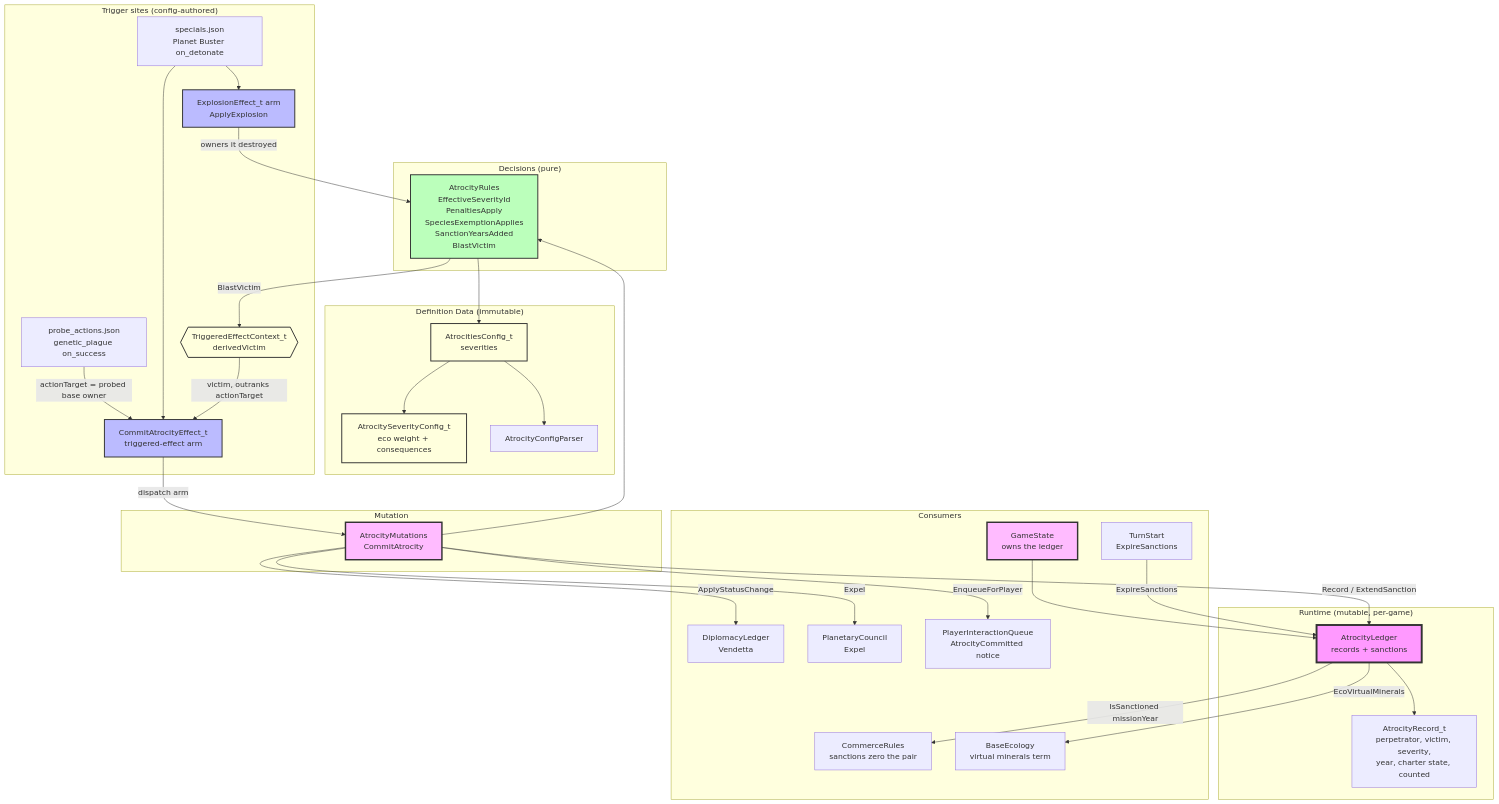
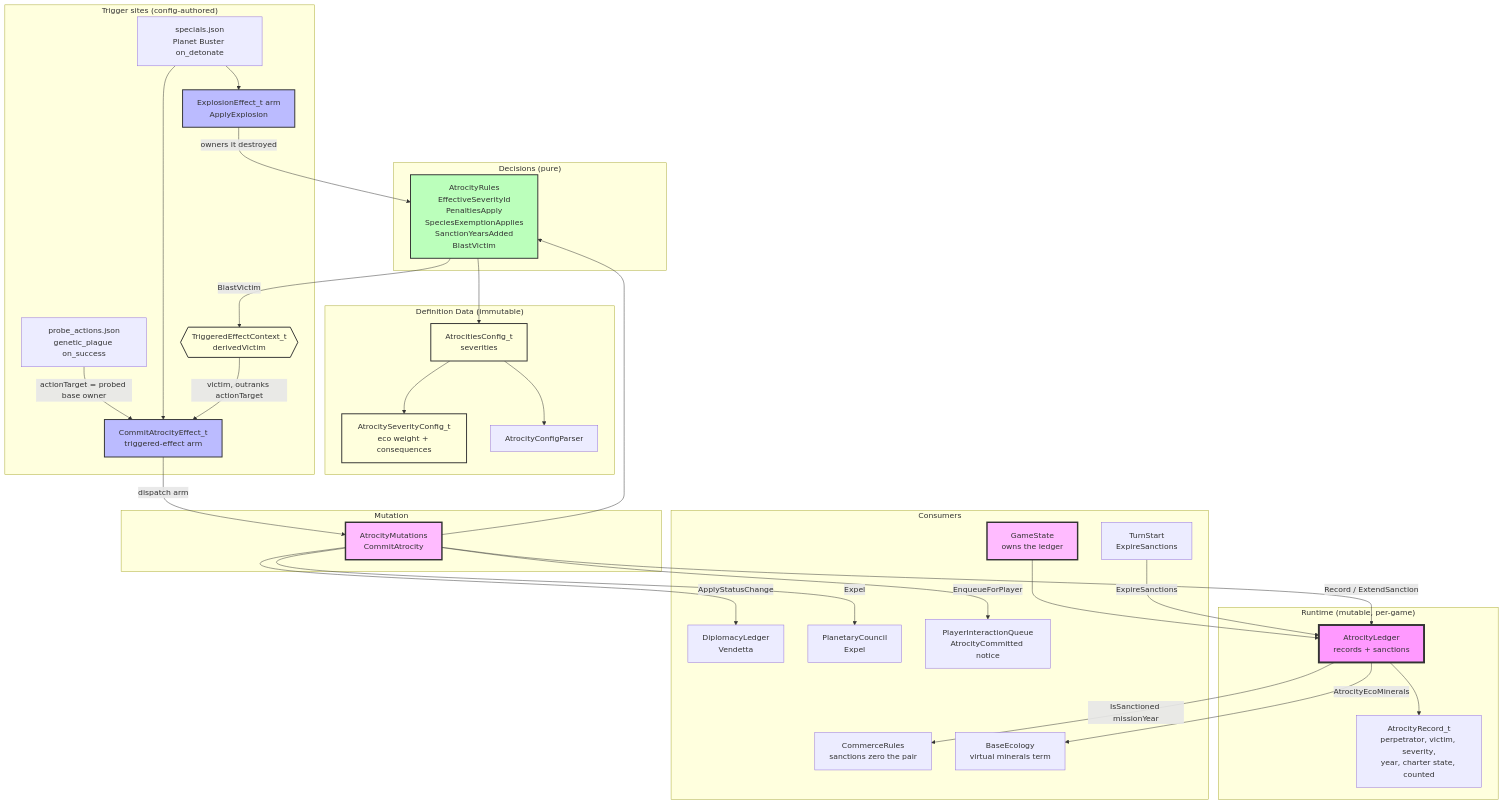
The diagram in docs/architecture/atrocity-system.md (kilianloftis/alpha-centauri), drawn with Mermaid before and after one commit. The commit also changed other lines of this file and 14 other files, not shown here.

````diff
--- a/docs/architecture/atrocity-system.md
+++ b/docs/architecture/atrocity-system.md
@@ -3,74 +3,74 @@
 ```mermaid
 graph TB
     subgraph "Runtime (mutable, per-game)"
         AtrocityLedger[AtrocityLedger<br/>records + sanctions]
         AtrocityRecord[AtrocityRecord_t<br/>perpetrator, victim, severity,<br/>year, charter state, counted]
     end
 
     subgraph "Decisions (pure)"
         AtrocityRules[AtrocityRules<br/>EffectiveSeverityId<br/>PenaltiesApply<br/>SpeciesExemptionApplies<br/>SanctionYearsAdded<br/>BlastVictim]
     end
 
     subgraph "Mutation"
         AtrocityMutations[AtrocityMutations<br/>CommitAtrocity]
     end
 
     subgraph "Definition Data (immutable)"
         AtrocitiesConfig[AtrocitiesConfig_t<br/>severities]
         SeverityConfig[AtrocitySeverityConfig_t<br/>eco weight + consequences]
         AtrocityParser[AtrocityConfigParser]
     end
 
     subgraph "Trigger sites (config-authored)"
         CommitArm[CommitAtrocityEffect_t<br/>triggered-effect arm]
         ProbeActions[probe_actions.json<br/>genetic_plague on_success]
         Warheads[specials.json<br/>Planet Buster on_detonate]
         ExplosionArm[ExplosionEffect_t arm<br/>ApplyExplosion]
         DerivedVictim{{"TriggeredEffectContext_t<br/>derivedVictim"}}
     end
 
     subgraph "Consumers"
         GameState[GameState<br/>owns the ledger]
         DiplomacyLedger[DiplomacyLedger<br/>Vendetta]
         PlanetaryCouncil[PlanetaryCouncil<br/>Expel]
         CommerceRules[CommerceRules<br/>sanctions zero the pair]
         EcoDamage[BaseEcology<br/>virtual minerals term]
         TurnStart[TurnStart<br/>ExpireSanctions]
         Notices[PlayerInteractionQueue<br/>AtrocityCommitted notice]
     end
 
     GameState --> AtrocityLedger
     AtrocityLedger --> AtrocityRecord
 
     ProbeActions -->|actionTarget = probed base owner| CommitArm
     Warheads --> ExplosionArm
     Warheads --> CommitArm
     ExplosionArm -->|owners it destroyed| AtrocityRules
     AtrocityRules -->|BlastVictim| DerivedVictim
     DerivedVictim -->|victim, outranks actionTarget| CommitArm
     CommitArm -->|dispatch arm| AtrocityMutations
 
     AtrocityMutations --> AtrocityRules
     AtrocityMutations -->|Record / ExtendSanction| AtrocityLedger
     AtrocityMutations -->|ApplyStatusChange| DiplomacyLedger
     AtrocityMutations -->|Expel| PlanetaryCouncil
     AtrocityMutations -->|EnqueueForPlayer| Notices
 
     AtrocityRules --> AtrocitiesConfig
     AtrocitiesConfig --> SeverityConfig
     AtrocitiesConfig --> AtrocityParser
 
     AtrocityLedger -->|IsSanctioned missionYear| CommerceRules
-    AtrocityLedger -->|EcoVirtualMinerals| EcoDamage
+    AtrocityLedger -->|AtrocityEcoMinerals| EcoDamage
     TurnStart -->|ExpireSanctions| AtrocityLedger
 
     style AtrocityLedger fill:#f9f,stroke:#333,stroke-width:4px
     style AtrocityMutations fill:#fbf,stroke:#333,stroke-width:3px
     style AtrocityRules fill:#bfb,stroke:#333,stroke-width:2px
     style AtrocitiesConfig fill:#ffd,stroke:#333,stroke-width:2px
     style SeverityConfig fill:#ffd,stroke:#333,stroke-width:2px
     style CommitArm fill:#bbf,stroke:#333,stroke-width:2px
     style ExplosionArm fill:#bbf,stroke:#333,stroke-width:2px
     style DerivedVictim fill:#ffd,stroke:#333,stroke-width:2px
     style GameState fill:#fbf,stroke:#333,stroke-width:3px
 ```
````
